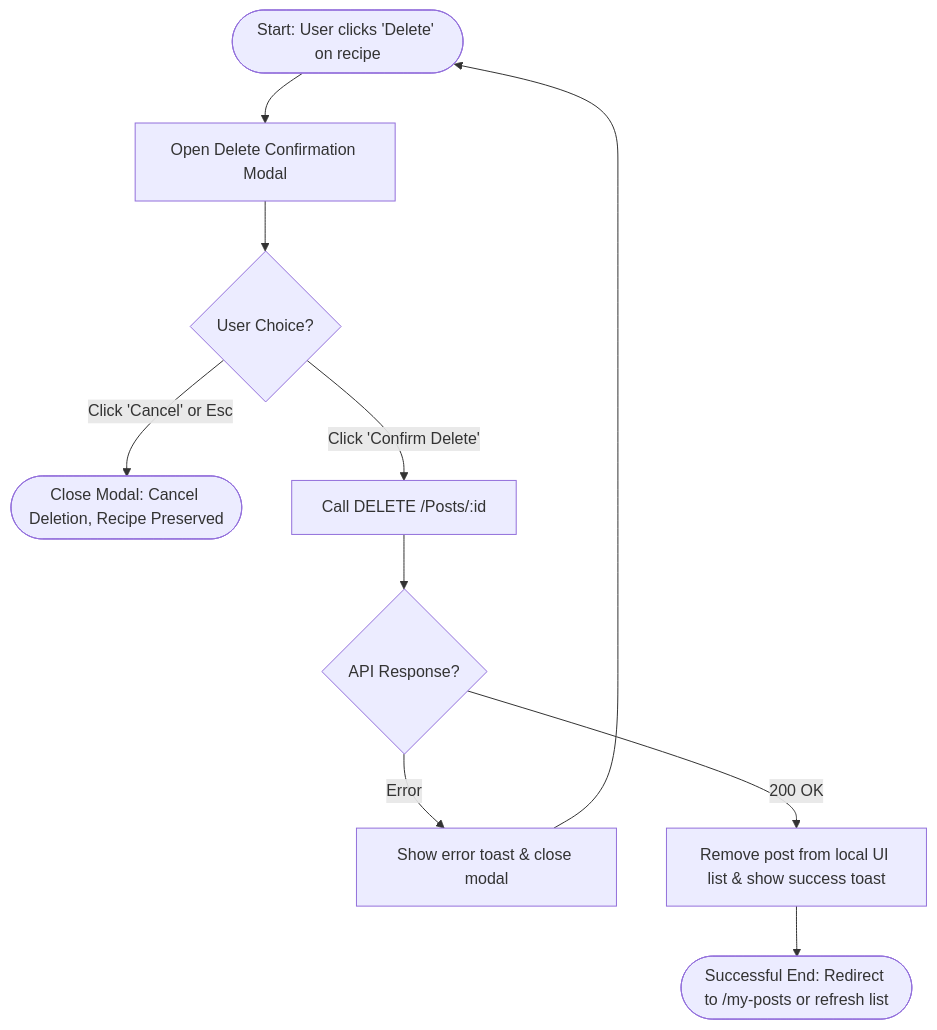
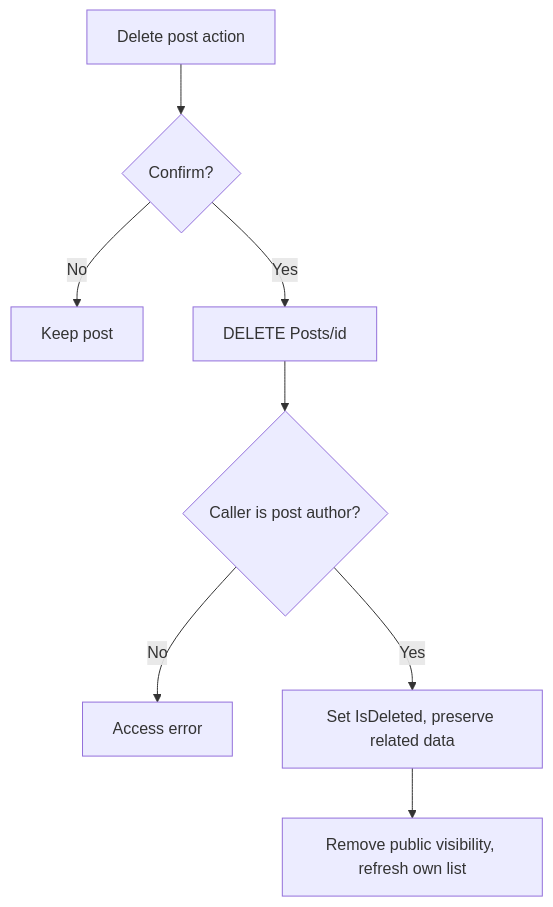
One commit to NguyenQuocTrong-bonmat/frontend-VeganHelperSystem changed diagram 16 of 56 in Design.MD. Above: the diagram before and after it, drawn with Mermaid. The commit also changed other lines of this file, not shown here.

Commit message:
docs: align design diagrams with current workflows

````diff
--- a/Design.MD
+++ b/Design.MD
@@ -1587,11 +677,10 @@
 ```mermaid
 flowchart TD
-    A([Start: User clicks 'Delete' on recipe]) --> B[Open Delete Confirmation Modal]
-    B --> C{User Choice?}
-    C -->|Click 'Cancel' or Esc| D([Close Modal: Cancel Deletion, Recipe Preserved])
-    C -->|Click 'Confirm Delete'| E[Call DELETE /Posts/:id]
-    E --> F{API Response?}
-    F -->|Error| G[Show error toast & close modal] --> A
-    F -->|200 OK| H[Remove post from local UI list & show success toast]
-    H --> I([Successful End: Redirect to /my-posts or refresh list])
+    A["Delete post action"] --> B{"Confirm?"}
+    B -->|No| C["Keep post"]
+    B -->|Yes| D["DELETE Posts/id"]
+    D --> E{"Caller is post author?"}
+    E -->|No| F["Access error"]
+    E -->|Yes| G["Set IsDeleted, preserve related data"]
+    G --> H["Remove public visibility, refresh own list"]
 ```
````
